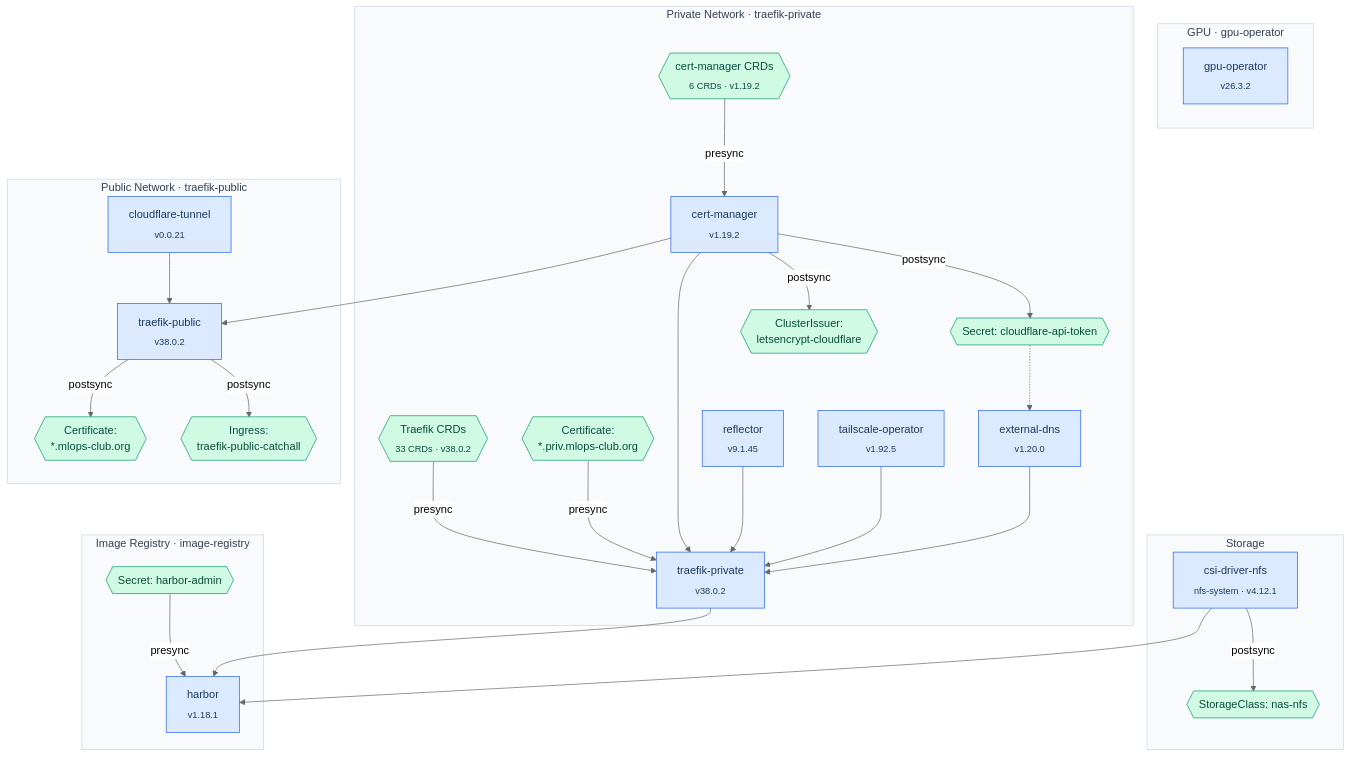
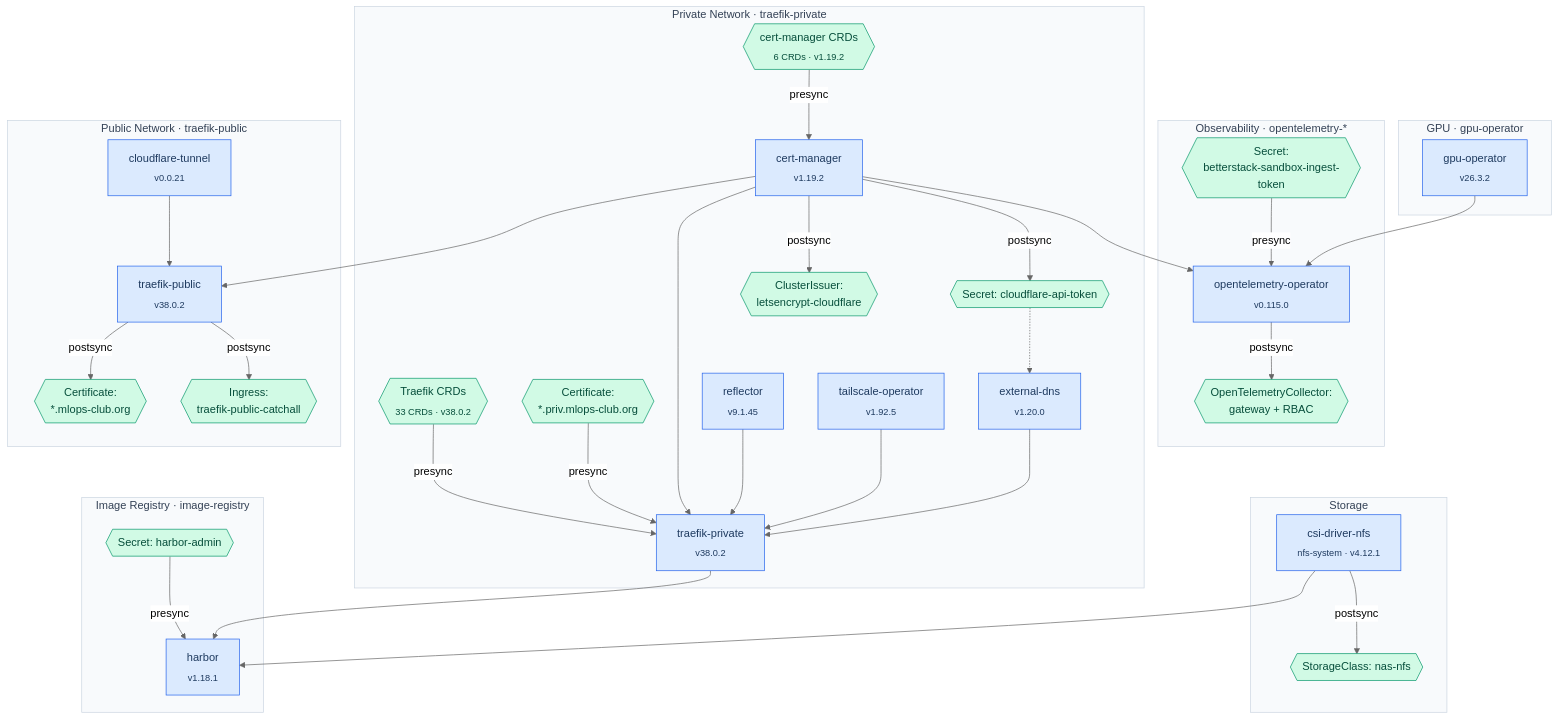
Before and after one commit to mlops-club/homelab-cluster: the diagram in README.md, drawn with Mermaid (neutral theme). The commit also changed 7 other files, not shown here.

First line of the commit message:
feat: add OpenTelemetry Operator + Collector shipping DCGM metrics to Better Stack

```diff
--- a/README.md
+++ b/README.md
@@ -24,6 +24,16 @@
     %% ── GPU ──────────────────────────────────────────────────────
     subgraph gpu [GPU · gpu-operator]
         GPU_OP[gpu-operator<br/><sub>v26.3.2</sub>]:::release
+    end
+
+    %% ── OBSERVABILITY ────────────────────────────────────────────
+    subgraph obs [Observability · opentelemetry-*]
+        BS_SEC{{Secret:<br/>betterstack-sandbox-ingest-token}}:::hook
+        OTEL_OP[opentelemetry-operator<br/><sub>v0.115.0</sub>]:::release
+        OTEL_COL{{OpenTelemetryCollector:<br/>gateway + RBAC}}:::hook
+
+        BS_SEC -- presync --> OTEL_OP
+        OTEL_OP -- postsync --> OTEL_COL
     end
 
     %% ── PRIVATE NETWORK ──────────────────────────────────────────
@@ -81,12 +91,18 @@
     NFS --> HAR
     TP --> HAR
 
+    %% OpenTelemetry Operator needs cert-manager (webhook TLS) and
+    %% gpu-operator (provides dcgm-exporter Service to scrape).
+    CM --> OTEL_OP
+    GPU_OP --> OTEL_OP
+
     %% ── STYLES ───────────────────────────────────────────────────
     classDef release fill:#dbeafe,stroke:#2563eb,color:#1e3a5f
     classDef hook fill:#d1fae5,stroke:#059669,color:#064e3b
 
     style storage fill:#f8fafc,stroke:#cbd5e1,color:#334155
     style gpu fill:#f8fafc,stroke:#cbd5e1,color:#334155
+    style obs fill:#f8fafc,stroke:#cbd5e1,color:#334155
     style private fill:#f8fafc,stroke:#cbd5e1,color:#334155
     style public fill:#f8fafc,stroke:#cbd5e1,color:#334155
     style registry fill:#f8fafc,stroke:#cbd5e1,color:#334155
```
